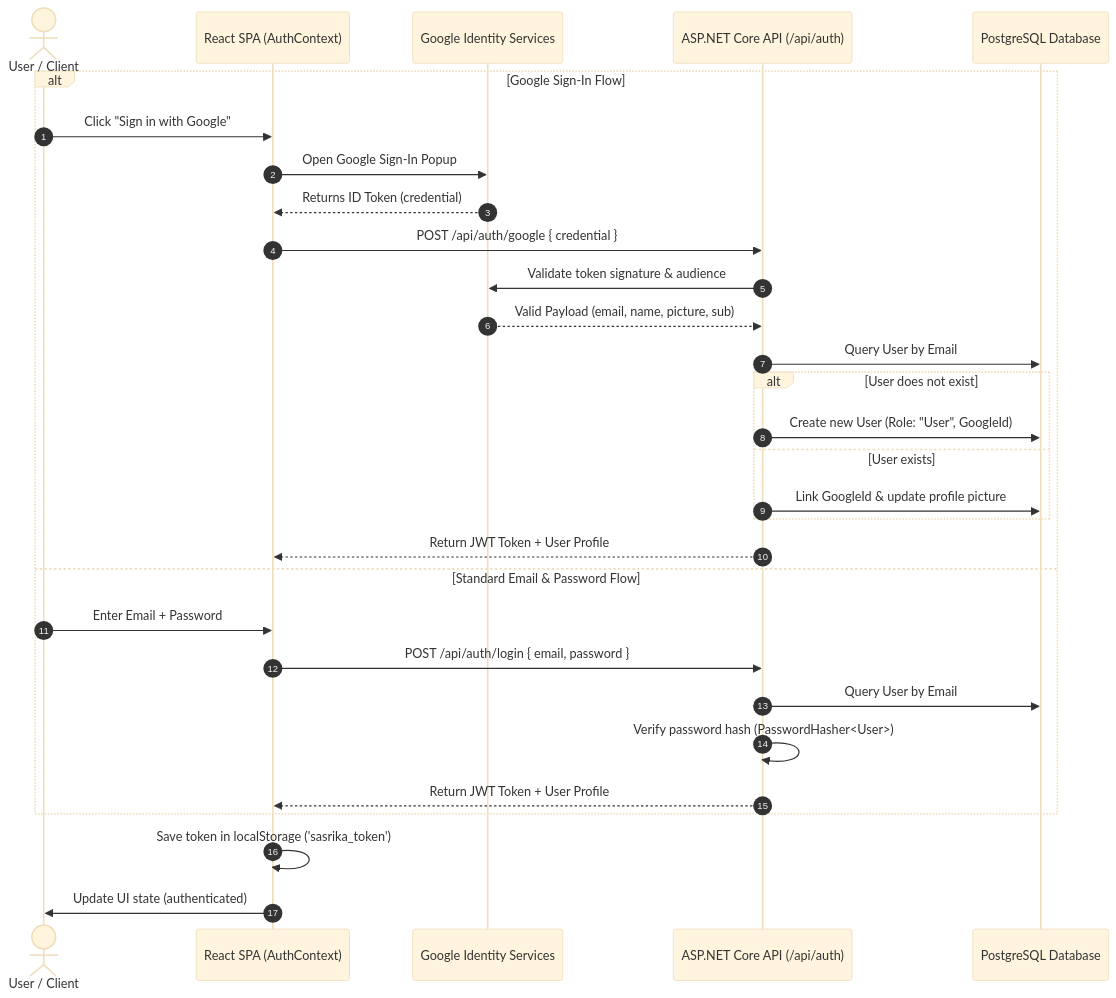
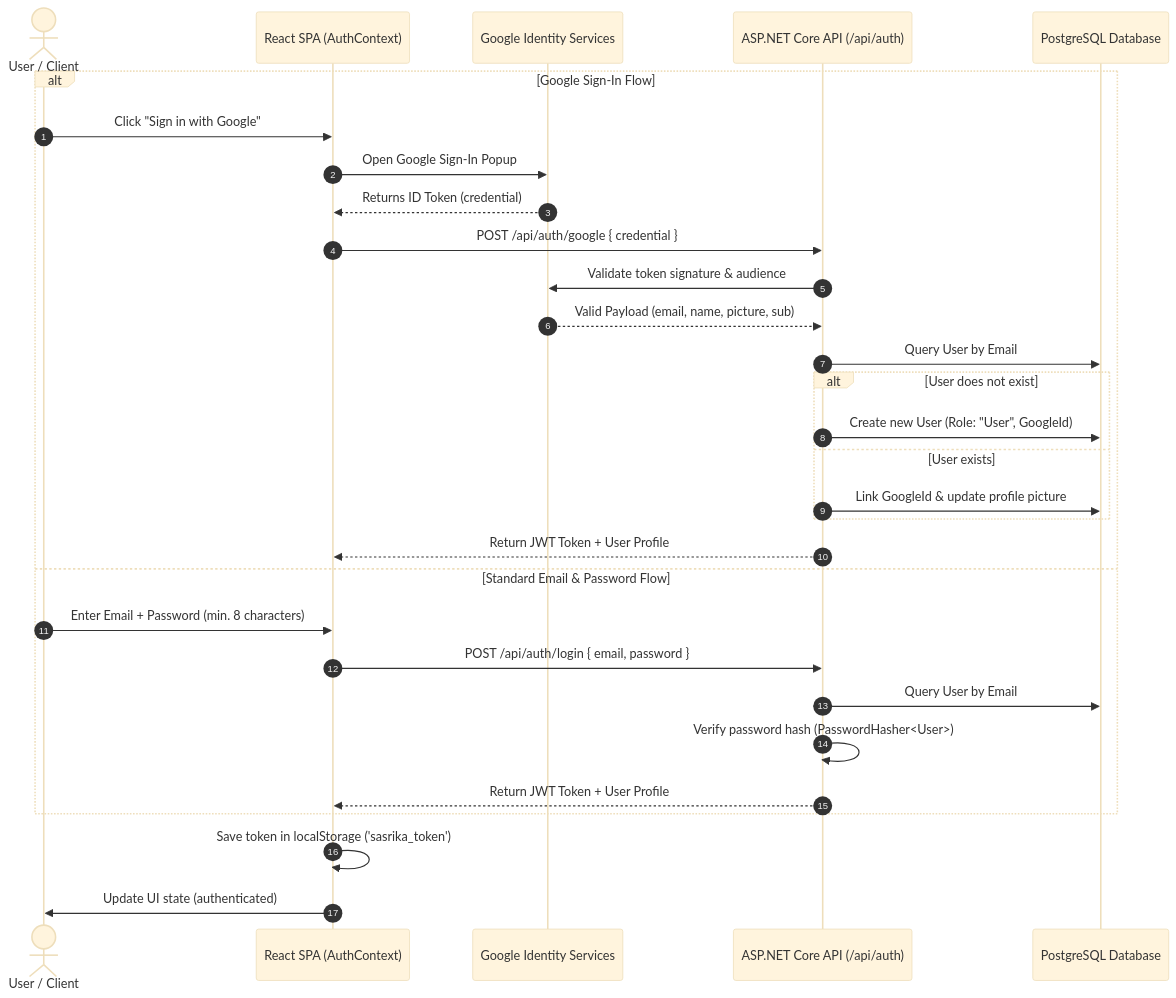
One commit to praneethnawarathna/Sasrika-Real-Estate changed the second of 4 diagrams in README.md. Above: the diagram before and after it, drawn with Mermaid (base theme). The commit also changed other lines of this file, not shown here.

````diff
--- a/README.md
+++ b/README.md
@@ -594,34 +561,34 @@
 ```mermaid
 sequenceDiagram
     autonumber
     actor User as User / Client
     participant Frontend as React SPA (AuthContext)
     participant Google as Google Identity Services
     participant API as ASP.NET Core API (/api/auth)
     participant DB as PostgreSQL Database
 
     alt Google Sign-In Flow
         User->>Frontend: Click "Sign in with Google"
         Frontend->>Google: Open Google Sign-In Popup
         Google-->>Frontend: Returns ID Token (credential)
         Frontend->>API: POST /api/auth/google { credential }
         API->>Google: Validate token signature & audience
         Google-->>API: Valid Payload (email, name, picture, sub)
         API->>DB: Query User by Email
         alt User does not exist
             API->>DB: Create new User (Role: "User", GoogleId)
         else User exists
             API->>DB: Link GoogleId & update profile picture
         end
         API-->>Frontend: Return JWT Token + User Profile
     else Standard Email & Password Flow
-        User->>Frontend: Enter Email + Password
+        User->>Frontend: Enter Email + Password (min. 8 characters)
         Frontend->>API: POST /api/auth/login { email, password }
         API->>DB: Query User by Email
         API->>API: Verify password hash (PasswordHasher<User>)
         API-->>Frontend: Return JWT Token + User Profile
     end
 
     Frontend->>Frontend: Save token in localStorage ('sasrika_token')
     Frontend->>User: Update UI state (authenticated)
 ```
````
